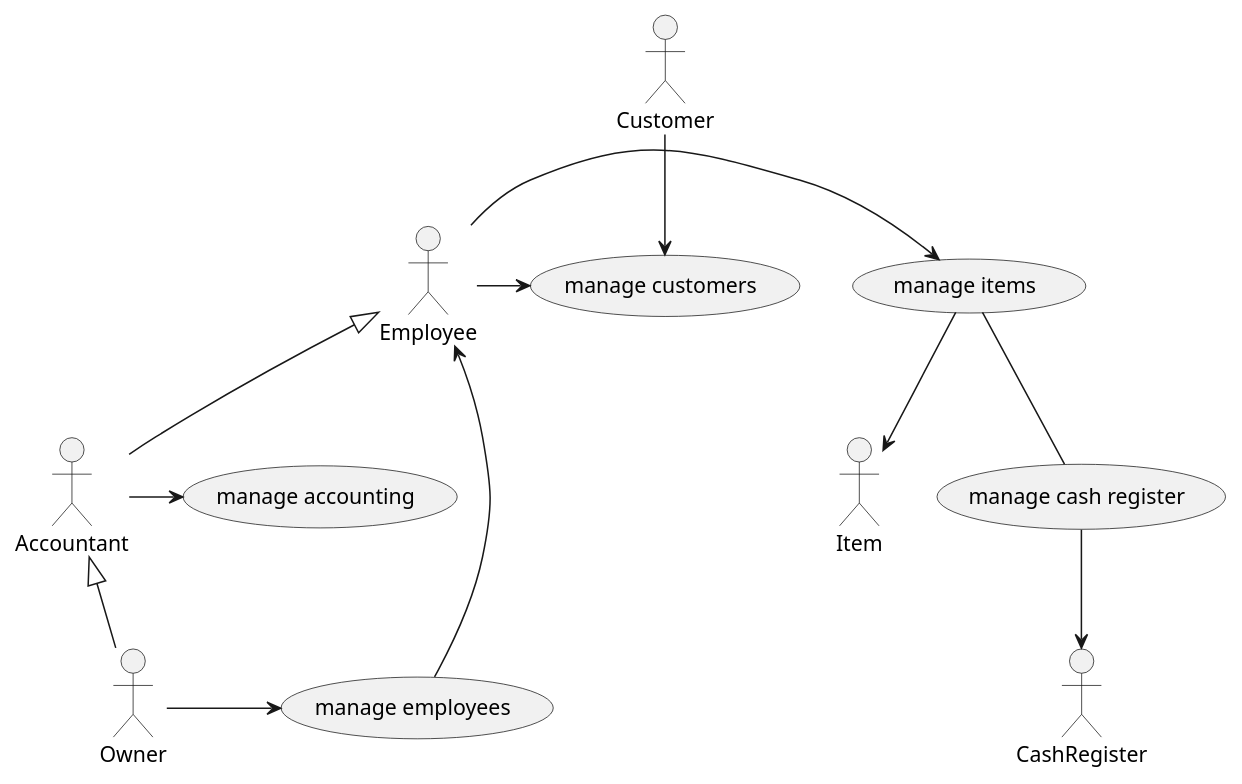
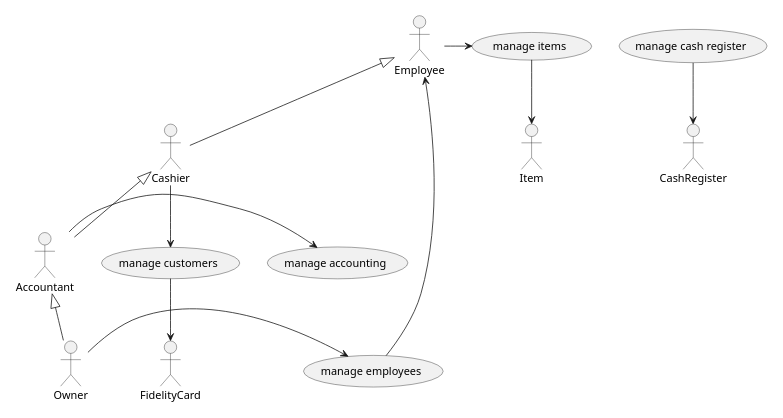
The second of 4 diagrams in Deliverables/RequirementsDocument.md (djemar/softeng_ezshop), drawn with PlantUML before and after one commit. The commit also changed other lines of this file, not shown here.

Commit message:
usecasediagram-contextdiagram-actor-rights-FR modified

````diff
--- a/Deliverables/RequirementsDocument.md
+++ b/Deliverables/RequirementsDocument.md
@@ -215,20 +207,21 @@
 ```plantuml
+scale 500 width
 actor Owner as o
 actor Employee as e
 actor CashRegister as ca
 actor Item as i
 actor Accountant as acc
-actor Customer as cu
-
+actor FidelityCard as fc
+actor Cashier as c
 acc -> (manage accounting)
 e -> (manage items)
 (manage items) --> i
-(manage items) -- (manage cash register)
 (manage cash register) --> ca
-e -> (manage customers)
-cu --> (manage customers)
+c --> (manage customers)
+(manage customers) --> fc
 o -> (manage employees)
 (manage employees) -> e
 o -up-|> acc
-acc -up-|> e
+acc -up-|> c
+c -up-|> e
 ```
````
